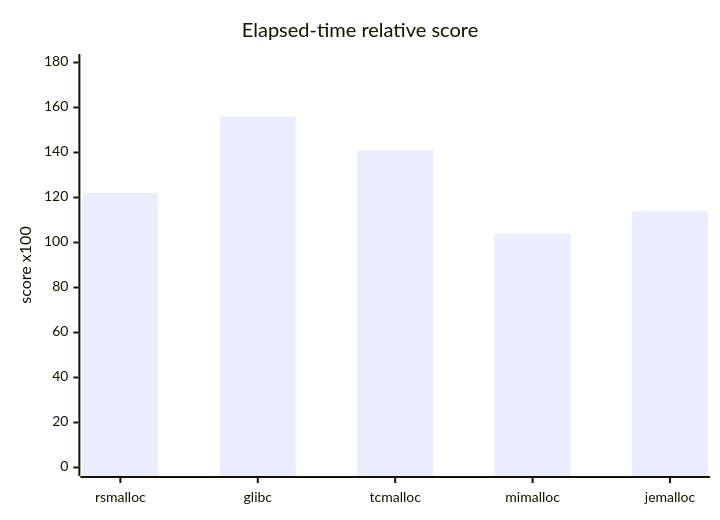
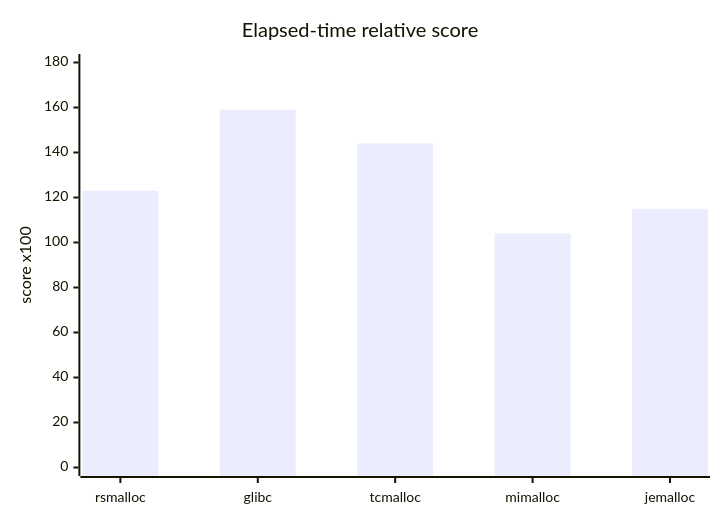
Before and after one commit to Metehan120/rsmalloc: the third of 8 diagrams in benchmarks/benchmarks.md, drawn with Mermaid. The commit also changed other lines of this file and 3 other files, not shown here.

````diff
--- a/benchmarks/benchmarks.md
+++ b/benchmarks/benchmarks.md
@@ -98,7 +97,7 @@
 ```mermaid
 xychart-beta
     title "Elapsed-time relative score"
     x-axis [rsmalloc, glibc, tcmalloc, mimalloc, jemalloc]
     y-axis "score x100" 0 --> 180
-    bar [122, 156, 141, 104, 114]
+    bar [123, 159, 144, 104, 115]
 ```
````
